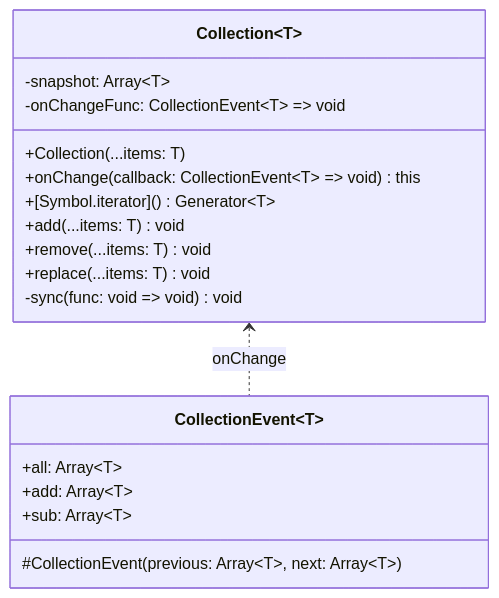
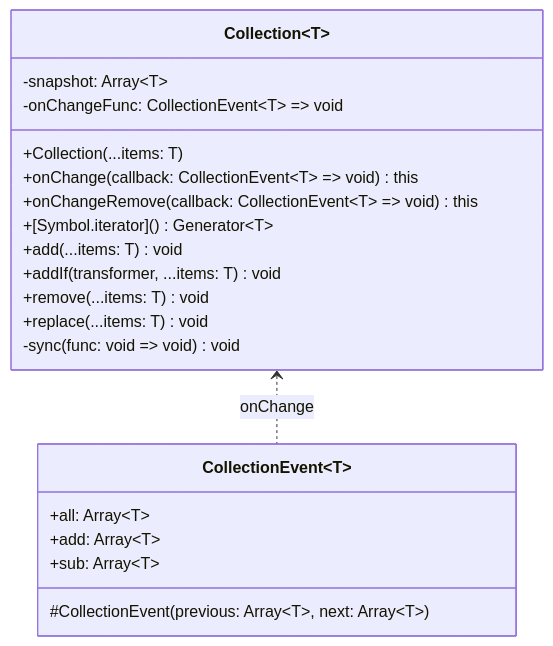
The second of 3 diagrams in design/data_design.md (TWoolhouse/lboroCW-Trelno), drawn with Mermaid before and after one commit. The commit also changed other lines of this file, not shown here.

Commit message:
probably accurate data diagram

````diff
--- a/design/data_design.md
+++ b/design/data_design.md
@@ -119,24 +121,26 @@
 ```mermaid
 classDiagram
 
 class Collection~T~ {
 	+Collection(...items: T)
 	+onChange(callback: CollectionEvent~T~ => void) this
+	+onChangeRemove(callback: CollectionEvent~T~ => void) this
 	+[Symbol.iterator]() Generator~T~
 	+add(...items: T) void
+	+addIf(transformer, ...items: T) void
 	+remove(...items: T) void
 	+replace(...items: T) void
 	-sync(func: void => void) void
 	-snapshot: Array~T~
 	-onChangeFunc: CollectionEvent~T~ => void
 }
 
 class CollectionEvent~T~ {
 	+all: Array~T~
 	+add: Array~T~
 	+sub: Array~T~
 	#CollectionEvent(previous: Array~T~, next: Array~T~)
 }
 Collection <.. CollectionEvent: onChange
 
 ```
````
